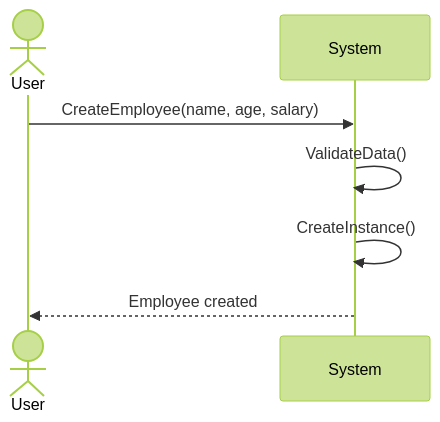
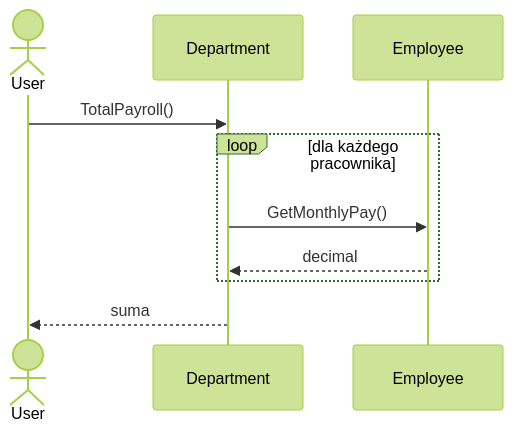
Before and after one commit to tborzyszkowski/csharp-programming: the diagram in src/01-klasy/_09_uml/diagrams/02-sequence-diagram.mermaid, drawn with Mermaid (forest theme). The commit also changed 74 other files, not shown here.

```diff
--- a/src/01-klasy/_09_uml/diagrams/02-sequence-diagram.mermaid
+++ b/src/01-klasy/_09_uml/diagrams/02-sequence-diagram.mermaid
@@ -1,8 +1,11 @@
 sequenceDiagram
     actor User
-    participant System
+    participant Dept as Department
+    participant Emp as Employee
     
-    User->>System: CreateEmployee(name, age, salary)
-    System->>System: ValidateData()
-    System->>System: CreateInstance()
-    System-->>User: Employee created
+    User->>Dept: TotalPayroll()
+    loop dla każdego pracownika
+        Dept->>Emp: GetMonthlyPay()
+        Emp-->>Dept: decimal
+    end
+    Dept-->>User: suma
```
